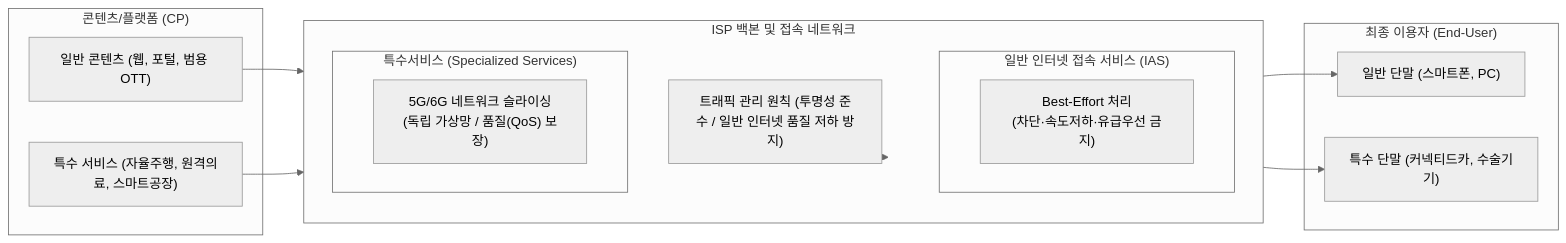
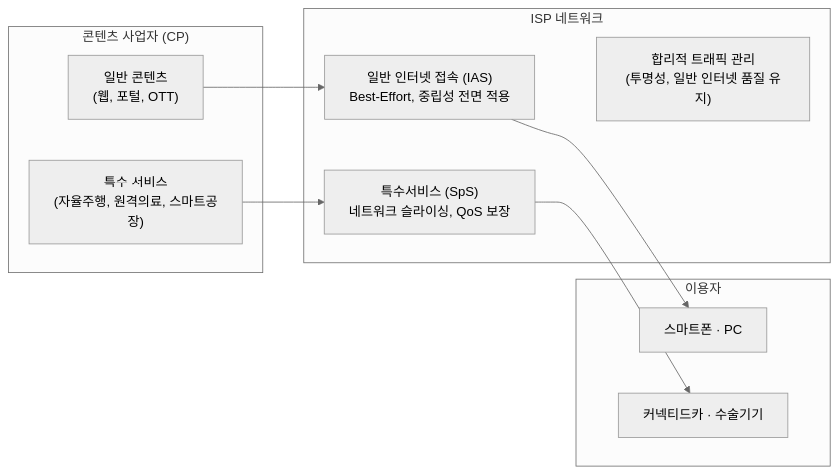
The diagram in content/01_IT Tech/망 중립성.md (supremethumb/supremethumb.github.io), drawn with Mermaid (neutral theme) before and after one commit. The commit also changed other lines of this file and 1087 other files, not shown here.

````diff
--- a/content/01_IT Tech/망 중립성.md
+++ b/content/01_IT Tech/망 중립성.md
@@ -34,30 +36,19 @@
 ```mermaid
 flowchart LR
-    subgraph CP["콘텐츠/플랫폼 (CP)"]
-        CP_NORM["일반 콘텐츠 (웹, 포털, 범용 OTT)"]
-        CP_SPEC["특수 서비스 (자율주행, 원격의료, 스마트공장)"]
+    subgraph CP["콘텐츠 사업자 (CP)"]
+        CP1["일반 콘텐츠<br/>(웹, 포털, OTT)"]
+        CP2["특수 서비스<br/>(자율주행, 원격의료, 스마트공장)"]
     end
-
-    subgraph ISP["ISP 백본 및 접속 네트워크"]
-        direction TB
-        subgraph IAS["일반 인터넷 접속 서비스 (IAS)"]
-            P1["Best-Effort 처리<br/>(차단·속도저하·유급우선 금지)"]
-        end
-
-        subgraph SPS["특수서비스 (Specialized Services)"]
-            P2["5G/6G 네트워크 슬라이싱<br/>(독립 가상망 / 품질(QoS) 보장)"]
-        end
-
-        MGMT["트래픽 관리 원칙 (투명성 준수 / 일반 인터넷 품질 저하 방지)"]
+    subgraph ISP["ISP 네트워크"]
+        IAS["일반 인터넷 접속 (IAS)<br/>Best-Effort, 중립성 전면 적용"]
+        SPS["특수서비스 (SpS)<br/>네트워크 슬라이싱, QoS 보장"]
+        MGMT["합리적 트래픽 관리<br/>(투명성, 일반 인터넷 품질 유지)"]
     end
-
-    subgraph USER["최종 이용자 (End-User)"]
-        U_GEN["일반 단말 (스마트폰, PC)"]
-        U_IOT["특수 단말 (커넥티드카, 수술기기)"]
+    subgraph USER["이용자"]
+        U1["스마트폰 · PC"]
+        U2["커넥티드카 · 수술기기"]
     end
-
-    CP_NORM --> IAS --> U_GEN
-    CP_SPEC --> SPS --> U_IOT
+    CP1 --> IAS --> U1
+    CP2 --> SPS --> U2
     ISP -.-> MGMT
-
 ```
````
